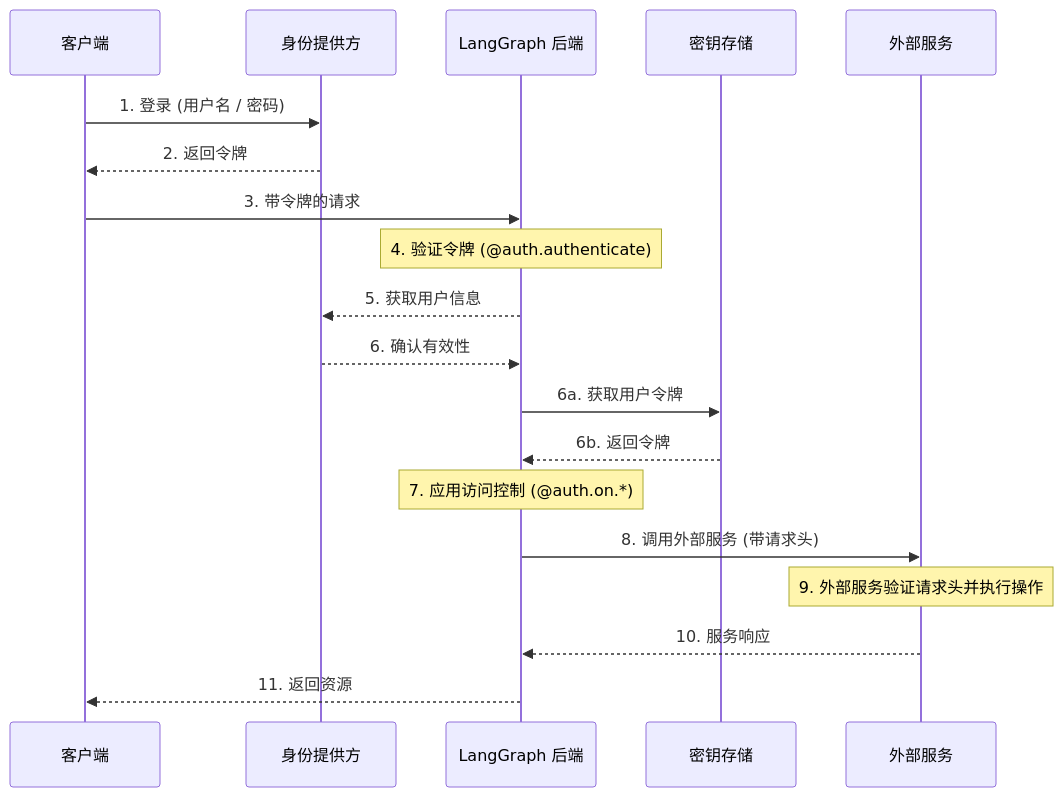
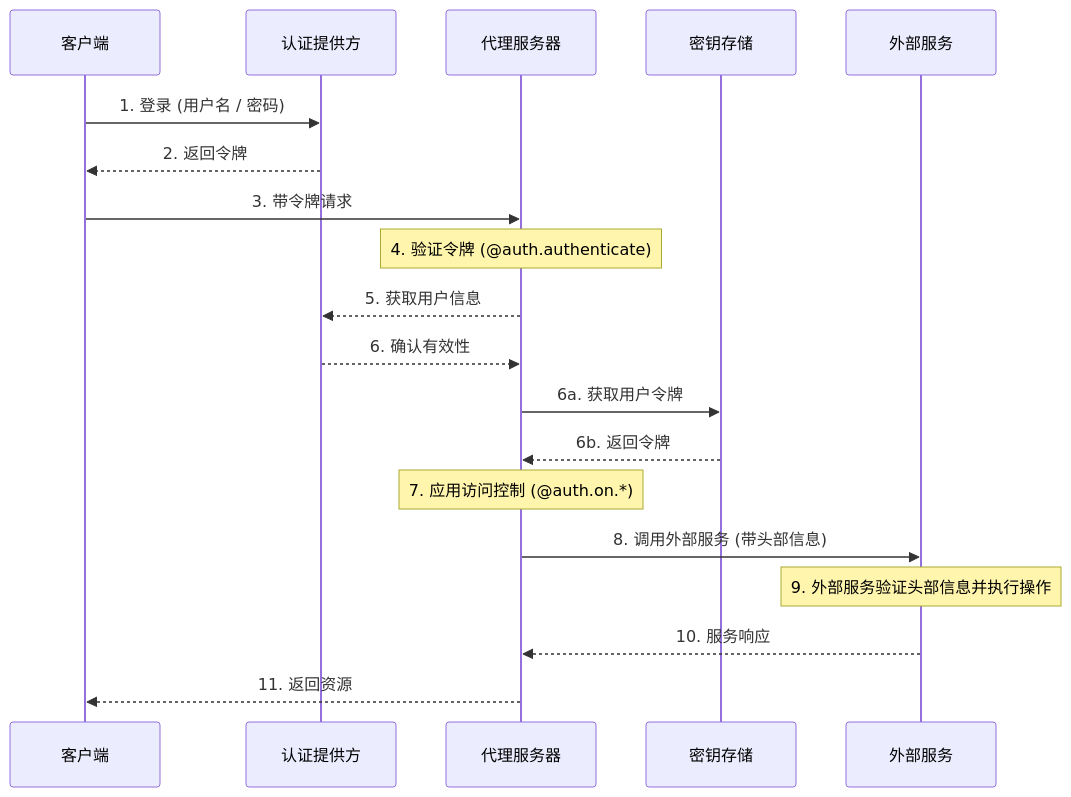
One commit to ikun-love/langchain-docs changed the diagram in src/langsmith/auth.mdx. Above: the diagram before and after it, drawn with Mermaid. The commit also changed other lines of this file and 261 other files, not shown here.

````diff
--- a/src/langsmith/auth.mdx
+++ b/src/langsmith/auth.mdx
@@ -139,32 +140,32 @@
 ```mermaid
 sequenceDiagram
-  %% Actors
+  %% 参与者
   participant ClientApp as 客户端
-  participant AuthProv  as 身份提供方
-  participant LangGraph as LangGraph 后端
+  participant AuthProv  as 认证提供方
+  participant LangGraph as 代理服务器
   participant SecretStore as 密钥存储
   participant ExternalService as 外部服务
 
-  %% Platform login / AuthN
+  %% 平台登录 / AuthN
   ClientApp  ->> AuthProv: 1. 登录 (用户名 / 密码)
   AuthProv   -->> ClientApp: 2. 返回令牌
-  ClientApp  ->> LangGraph: 3. 带令牌的请求
+  ClientApp  ->> LangGraph: 3. 带令牌请求
 
   Note over LangGraph: 4. 验证令牌 (@auth.authenticate)
   LangGraph  -->> AuthProv: 5. 获取用户信息
   AuthProv   -->> LangGraph: 6. 确认有效性
 
-  %% Fetch user tokens from secret store
+  %% 从密钥存储获取用户令牌
   LangGraph  ->> SecretStore: 6a. 获取用户令牌
   SecretStore -->> LangGraph: 6b. 返回令牌
 
   Note over LangGraph: 7. 应用访问控制 (@auth.on.*)
 
-  %% External Service round-trip
-  LangGraph  ->> ExternalService: 8. 调用外部服务 (带请求头)
-  Note over ExternalService: 9. 外部服务验证请求头并执行操作
+  %% 外部服务往返
+  LangGraph  ->> ExternalService: 8. 调用外部服务 (带头部信息)
+  Note over ExternalService: 9. 外部服务验证头部信息并执行操作
   ExternalService  -->> LangGraph: 10. 服务响应
 
-  %% Return to caller
+  %% 返回给调用者
   LangGraph  -->> ClientApp: 11. 返回资源
 ```
````
